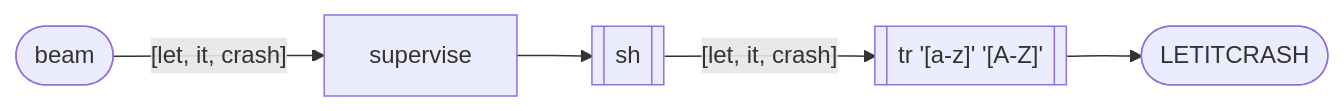
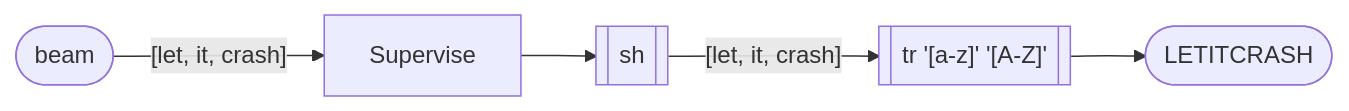
One commit to msantos/stdio changed the third of 9 diagrams in README.md. Above: the diagram before and after it, drawn with Mermaid. The commit also changed other lines of this file and 2 other files, not shown here.

````diff
--- a/README.md
+++ b/README.md
@@ -66,7 +66,7 @@
 ```mermaid
 graph LR
-    B([beam]) -->|"[let, it, crash]"|S[supervise]
+    B([beam]) -->|"[let, it, crash]"|S[Supervise]
     S --> I[[sh]]
     I --> |"[let, it, crash]"|C[["tr '[a-z]' '[A-Z]'"]]
     C --> O(["LETITCRASH"])
 ```
````
